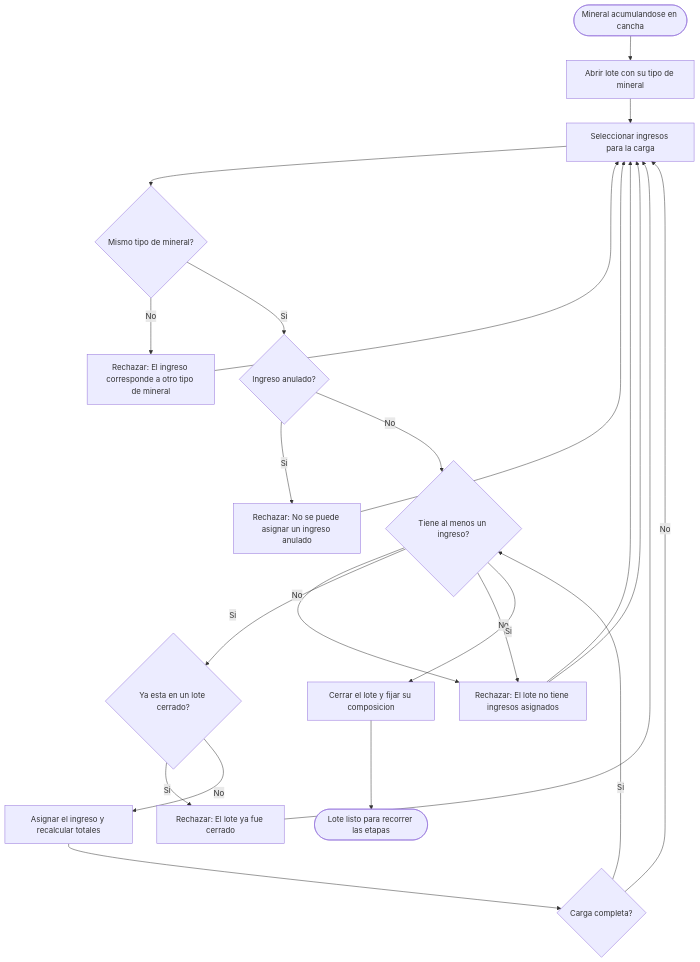
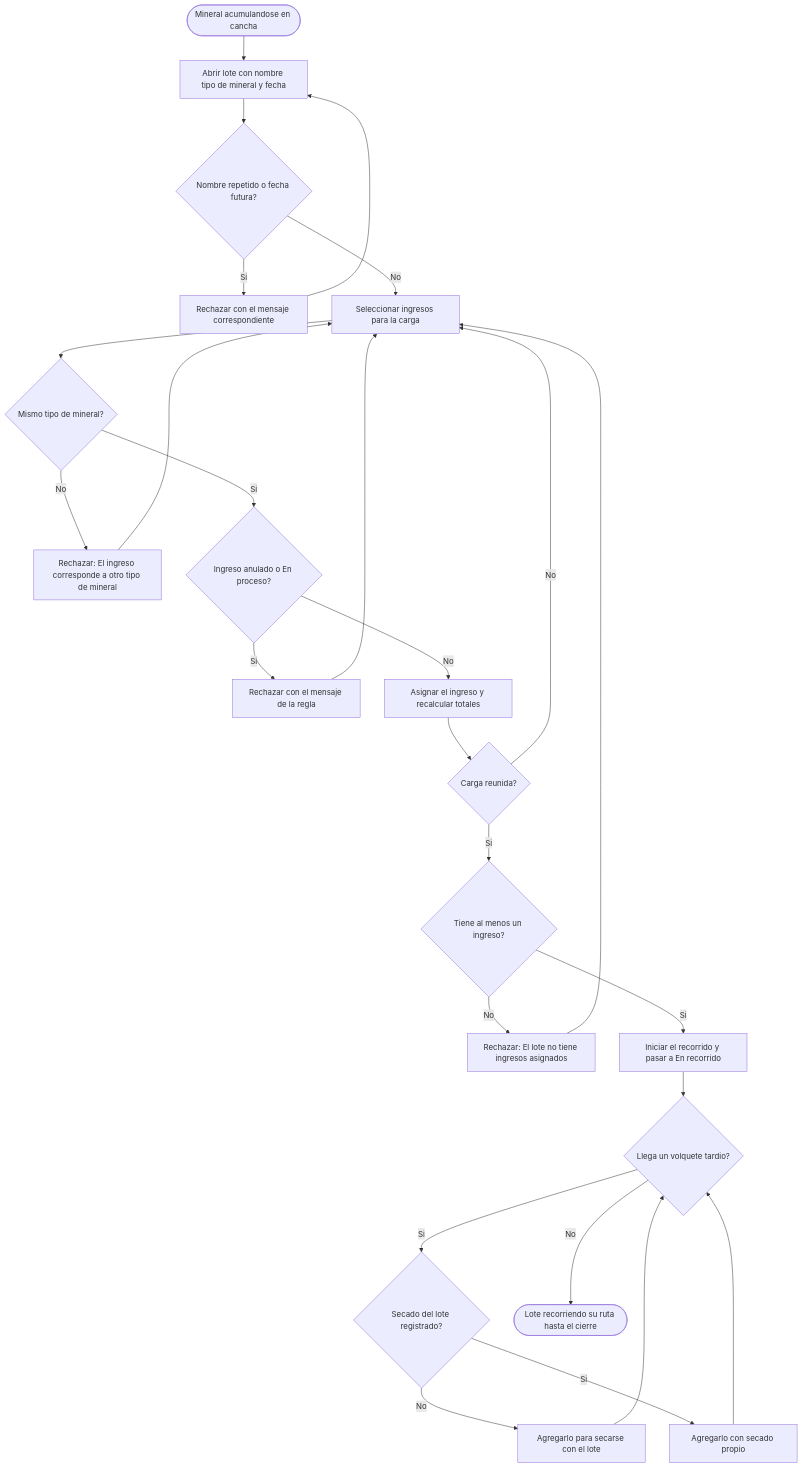
Before and after one commit to adlerOmonte1/LogisticaMinera: the first of 5 diagrams in docs/modulos/M06-trazabilidad/diagramas/actividades.md, drawn with Mermaid. The commit also changed other lines of this file and 9 other files, not shown here.

````diff
--- a/docs/modulos/M06-trazabilidad/diagramas/actividades.md
+++ b/docs/modulos/M06-trazabilidad/diagramas/actividades.md
@@ -5,25 +5,28 @@
 ```mermaid
 flowchart TD
-    I([Mineral acumulandose en cancha]) --> A1[Abrir lote con su tipo de mineral]
-    A1 --> L1[Seleccionar ingresos para la carga]
+    I([Mineral acumulandose en cancha]) --> A1[Abrir lote con nombre tipo de mineral y fecha]
+    A1 --> V0{Nombre repetido o fecha futura?}
+    V0 -->|Si| E0[Rechazar con el mensaje correspondiente]
+    E0 --> A1
+    V0 -->|No| L1[Seleccionar ingresos para la carga]
     L1 --> V1{Mismo tipo de mineral?}
     V1 -->|No| E1[Rechazar: El ingreso corresponde a otro tipo de mineral]
     E1 --> L1
-    V1 -->|Si| V2{Ingreso anulado?}
-    V2 -->|Si| E2[Rechazar: No se puede asignar un ingreso anulado]
+    V1 -->|Si| V2{Ingreso anulado o En proceso?}
+    V2 -->|Si| E2[Rechazar con el mensaje de la regla]
     E2 --> L1
-    V2 -->|No| V4{Ingreso en proceso?}
-    V4 -->|Si| E4[Rechazar: El ingreso esta en proceso falta el destare]
-    E4 --> L1
-    V4 -->|No| V3{Ya esta en un lote cerrado?}
-    V3 -->|Si| E3[Rechazar: El lote ya fue cerrado]
+    V2 -->|No| P1[Asignar el ingreso y recalcular totales]
+    P1 --> D1{Carga reunida?}
+    D1 -->|No| L1
+    D1 -->|Si| V3{Tiene al menos un ingreso?}
+    V3 -->|No| E3[Rechazar: El lote no tiene ingresos asignados]
     E3 --> L1
-    V3 -->|No| P1[Asignar el ingreso y recalcular totales]
-    P1 --> D1{Carga completa?}
-    D1 -->|No| L1
-    D1 -->|Si| V4{Tiene al menos un ingreso?}
-    V4 -->|No| E4[Rechazar: El lote no tiene ingresos asignados]
-    E4 --> L1
-    V4 -->|Si| P2[Cerrar el lote y fijar su composicion]
-    P2 --> F([Lote listo para recorrer las etapas])
+    V3 -->|Si| P2[Iniciar el recorrido y pasar a En recorrido]
+    P2 --> D2{Llega un volquete tardio?}
+    D2 -->|Si| D3{Secado del lote registrado?}
+    D3 -->|No| P3[Agregarlo para secarse con el lote]
+    D3 -->|Si| P4[Agregarlo con secado propio]
+    P3 --> D2
+    P4 --> D2
+    D2 -->|No| F([Lote recorriendo su ruta hasta el cierre])
 ```
````
